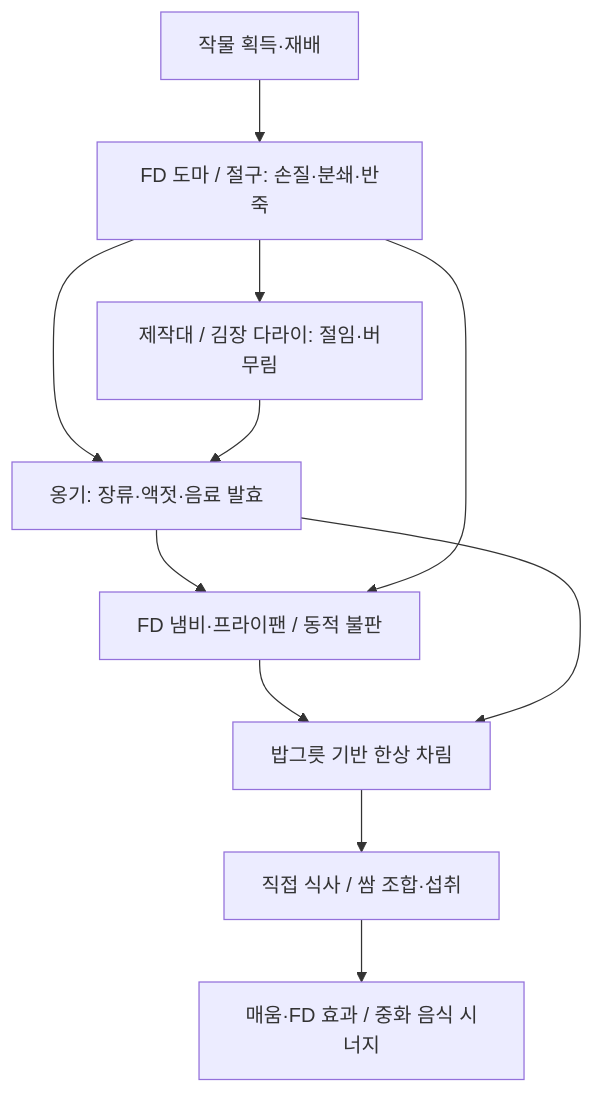
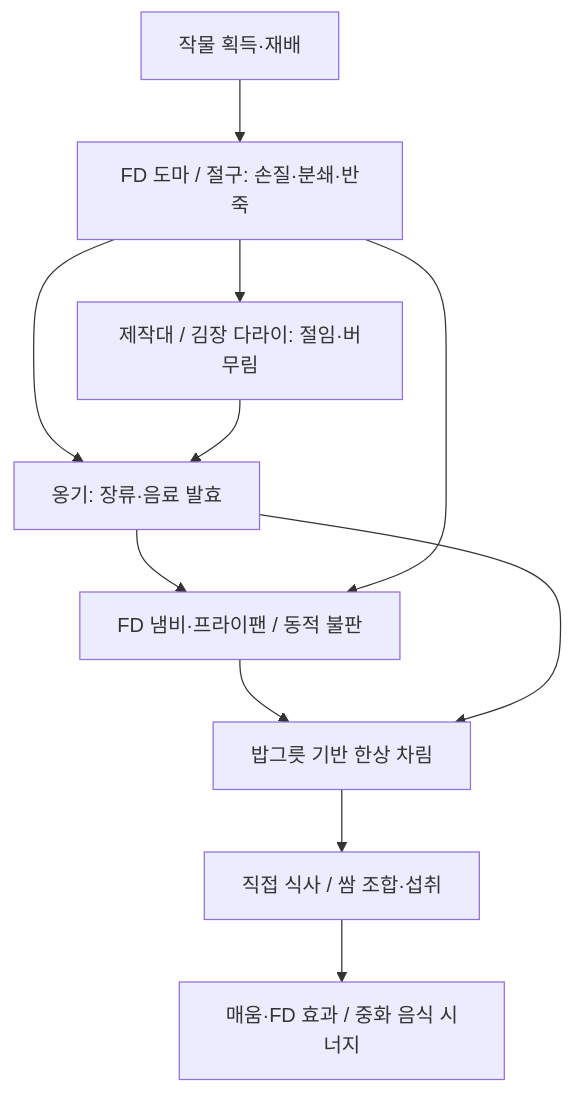
One commit to Potan7/KoreanDelight changed the diagram in docs/final-design.md. Above: the diagram before and after it, drawn with Mermaid. The commit also changed other lines of this file and 77 other files, not shown here.

````diff
--- a/docs/final-design.md
+++ b/docs/final-design.md
@@ -33,13 +33,13 @@
 ```mermaid
 flowchart TD
     A[작물 획득·재배] --> B[FD 도마 / 절구: 손질·분쇄·반죽]
     B --> C[제작대 / 김장 다라이: 절임·버무림]
-    B --> D[옹기: 장류·액젓·음료 발효]
+    B --> D[옹기: 장류·음료 발효]
     C --> D
     D --> E[FD 냄비·프라이팬 / 동적 불판]
     B --> E
     E --> F[밥그릇 기반 한상 차림]
     D --> F
     F --> G[직접 식사 / 쌈 조합·섭취]
     G --> H[매움·FD 효과 / 중화 음식 시너지]
 ```
````
